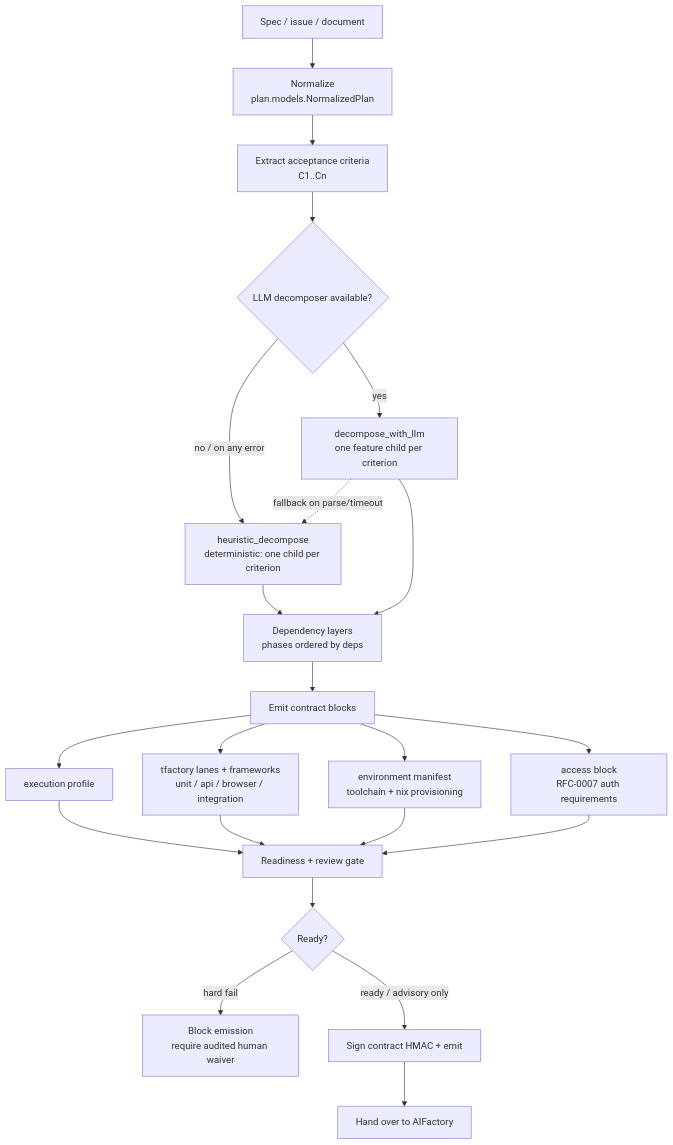
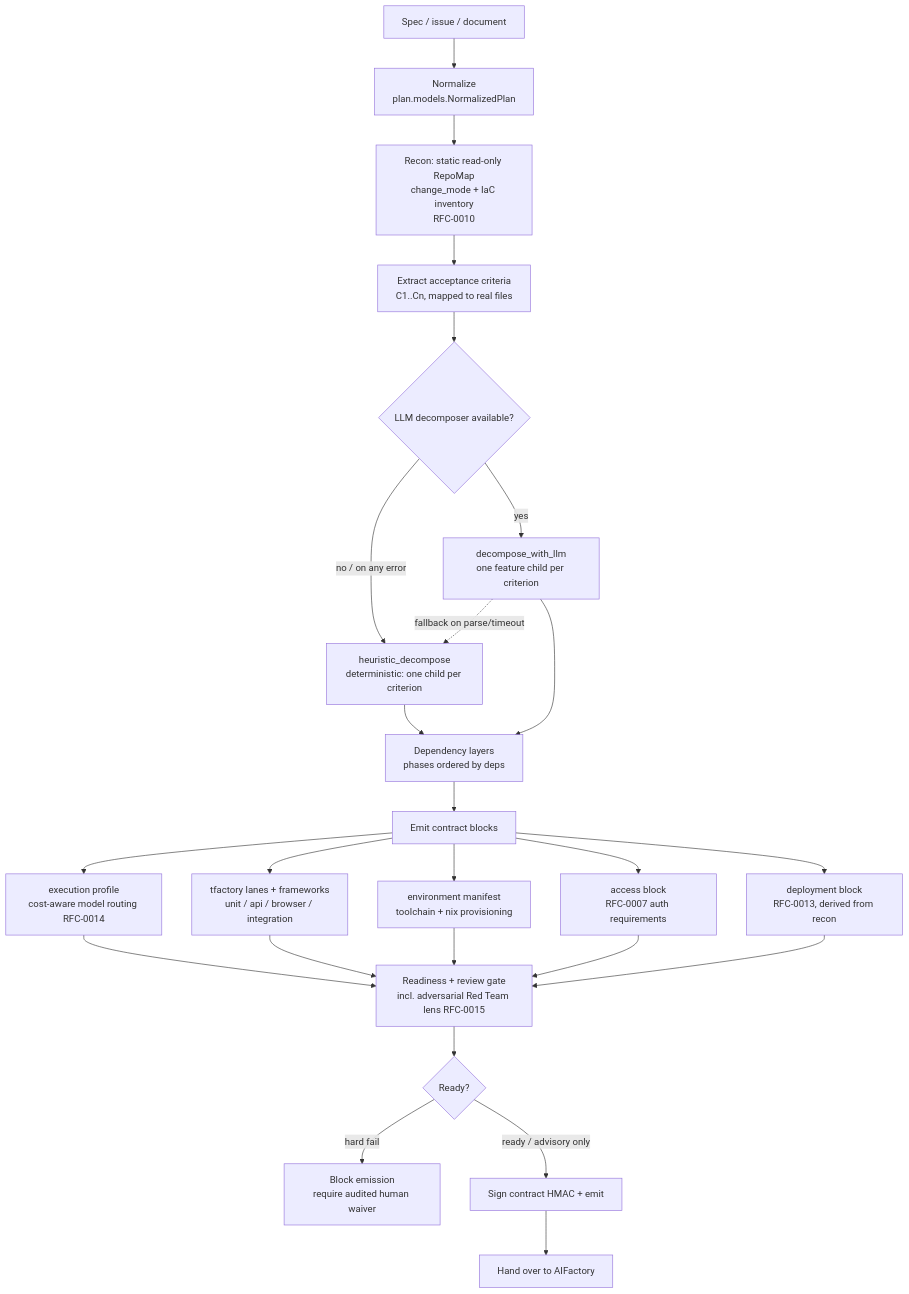
One commit to olafkfreund/PFactory changed the first of 2 diagrams in docs/planning-and-trust.md. Above: the diagram before and after it, drawn with Mermaid. The commit also changed other lines of this file and 38 other files, not shown here.

First line of the commit message:
docs: refresh portal gallery + weekly blog (red-team, code-aware, deployment-aware, concurrency)

````diff
--- a/docs/planning-and-trust.md
+++ b/docs/planning-and-trust.md
@@ -24,21 +24,23 @@
 ```mermaid
 flowchart TD
     S[Spec / issue / document] --> N[Normalize<br/>plan.models.NormalizedPlan]
-    N --> AC[Extract acceptance criteria<br/>C1..Cn]
+    N --> R[Recon: static read-only RepoMap<br/>change_mode + IaC inventory<br/>RFC-0010]
+    R --> AC[Extract acceptance criteria<br/>C1..Cn, mapped to real files]
     AC --> D{LLM decomposer available?}
     D -- yes --> L[decompose_with_llm<br/>one feature child per criterion]
     D -- no / on any error --> H[heuristic_decompose<br/>deterministic: one child per criterion]
     L -. fallback on parse/timeout .-> H
     H --> EP[Dependency layers<br/>phases ordered by deps]
     L --> EP
     EP --> EM[Emit contract blocks]
-    EM --> E1[execution profile]
+    EM --> E1[execution profile<br/>cost-aware model routing RFC-0014]
     EM --> E2[tfactory lanes + frameworks<br/>unit / api / browser / integration]
     EM --> E3[environment manifest<br/>toolchain + nix provisioning]
     EM --> E4[access block<br/>RFC-0007 auth requirements]
-    E1 & E2 & E3 & E4 --> G[Readiness + review gate]
+    EM --> E5[deployment block<br/>RFC-0013, derived from recon]
+    E1 & E2 & E3 & E4 & E5 --> G[Readiness + review gate<br/>incl. adversarial Red Team lens RFC-0015]
     G --> V{Ready?}
     V -- hard fail --> W[Block emission<br/>require audited human waiver]
     V -- ready / advisory only --> SIGN[Sign contract HMAC + emit]
     SIGN --> HO[Hand over to AIFactory]
 ```
````
